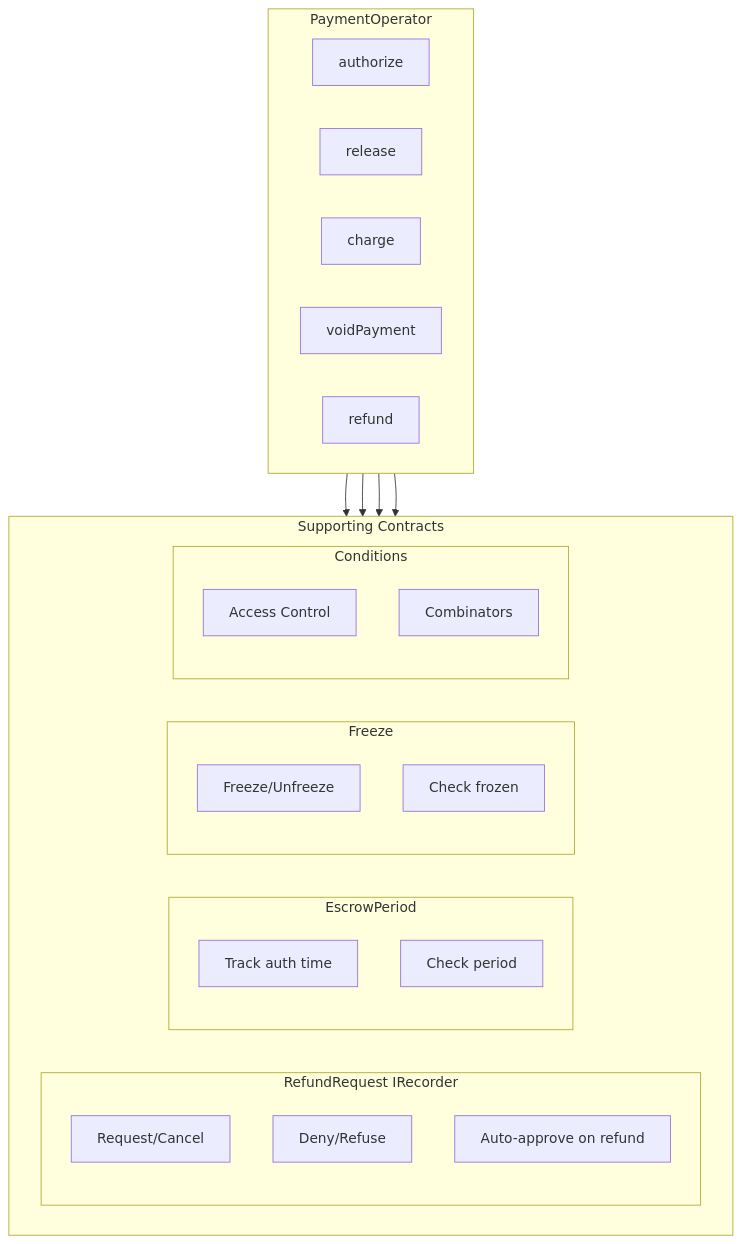
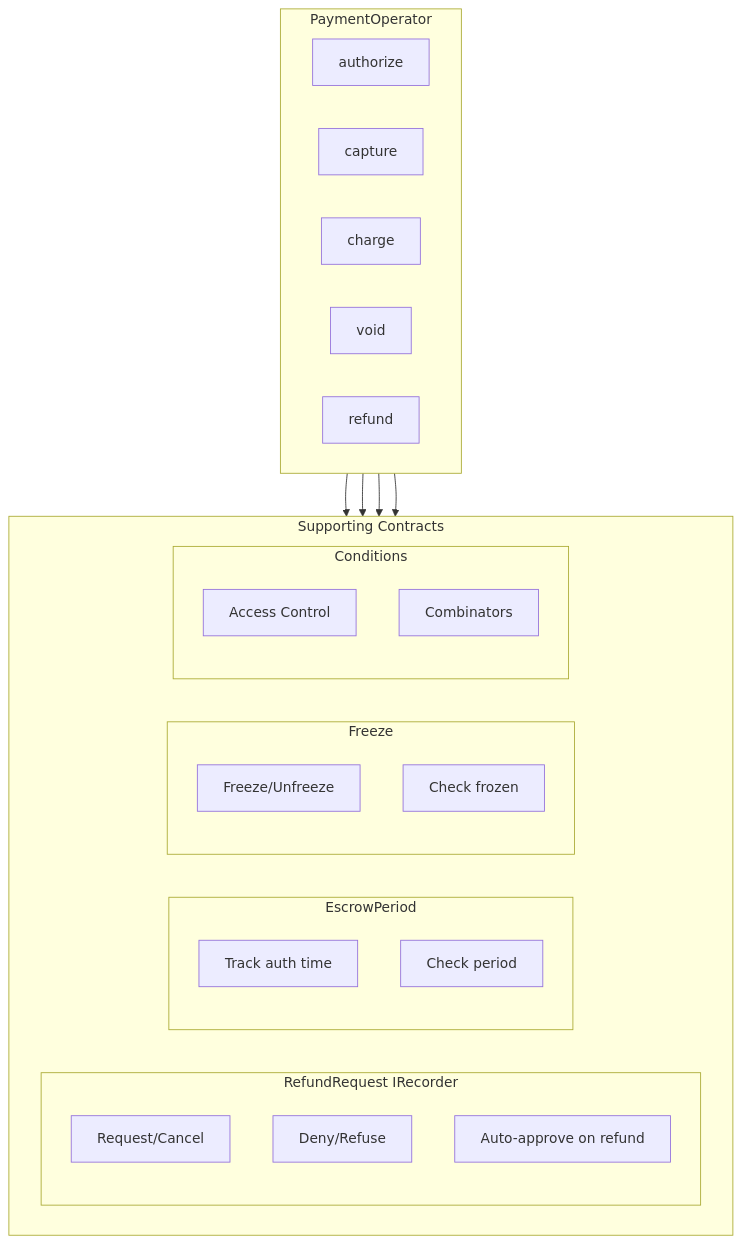
Before and after one commit to BackTrackCo/docs: the third of 3 diagrams in sdk/concepts.mdx, drawn with Mermaid. The commit also changed other lines of this file and 32 other files, not shown here.

````diff
--- a/sdk/concepts.mdx
+++ b/sdk/concepts.mdx
@@ -166,37 +163,37 @@
 ```mermaid
 flowchart TB
     subgraph PO[PaymentOperator]
         direction LR
         auth[authorize]
-        rel[release]
+        cap[capture]
         chg[charge]
-        ref[voidPayment]
+        v[void]
         refp[refund]
     end
 
     subgraph Components[Supporting Contracts]
         direction LR
         subgraph RR[RefundRequest IRecorder]
             rr1[Request/Cancel]
             rr2[Deny/Refuse]
             rr3[Auto-approve on refund]
         end
         subgraph EP[EscrowPeriod]
             ep1[Track auth time]
             ep2[Check period]
         end
         subgraph FR[Freeze]
             fr1[Freeze/Unfreeze]
             fr2[Check frozen]
         end
         subgraph Cond[Conditions]
             c1[Access Control]
             c2[Combinators]
         end
     end
 
     PO --> RR
     PO --> EP
     PO --> FR
     PO --> Cond
 ```
````
